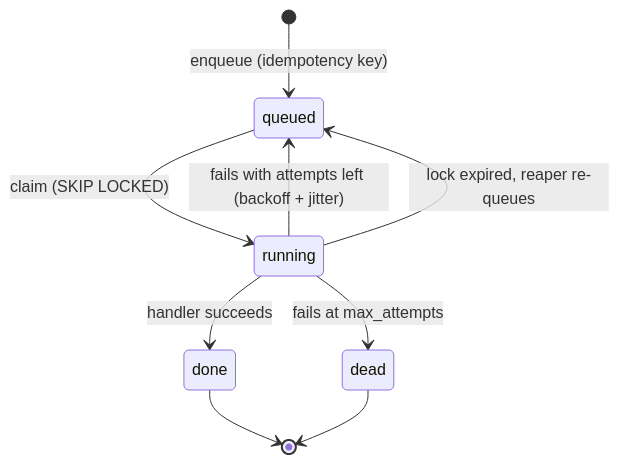
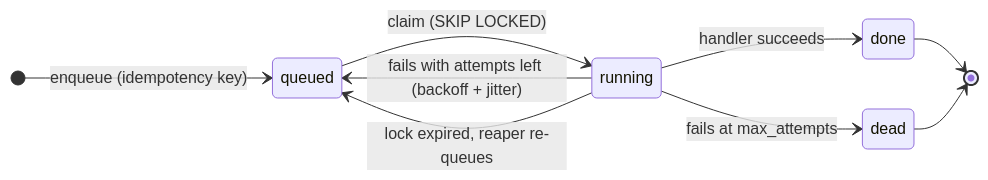
One commit to byteKumar/pg-durable-queue changed the second of 3 diagrams in README.md. Above: the diagram before and after it, drawn with Mermaid. The commit also changed other lines of this file, not shown here.

Commit message:
Make README diagrams easier to read

````diff
--- a/README.md
+++ b/README.md
@@ -42,11 +42,12 @@
 ```mermaid
 stateDiagram-v2
+    direction LR
     [*] --> queued: enqueue (idempotency key)
     queued --> running: claim (SKIP LOCKED)
     running --> done: handler succeeds
     running --> queued: fails with attempts left (backoff + jitter)
     running --> queued: lock expired, reaper re-queues
     running --> dead: fails at max_attempts
     done --> [*]
     dead --> [*]
 ```
````
